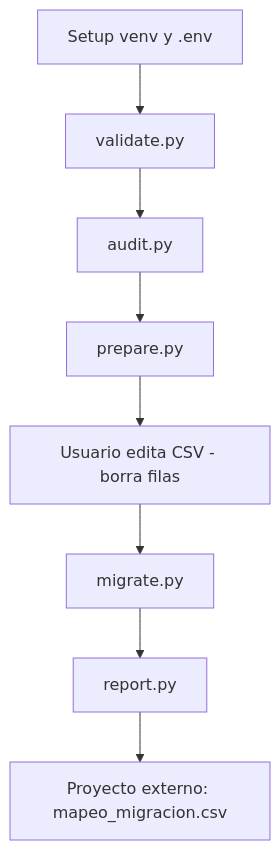
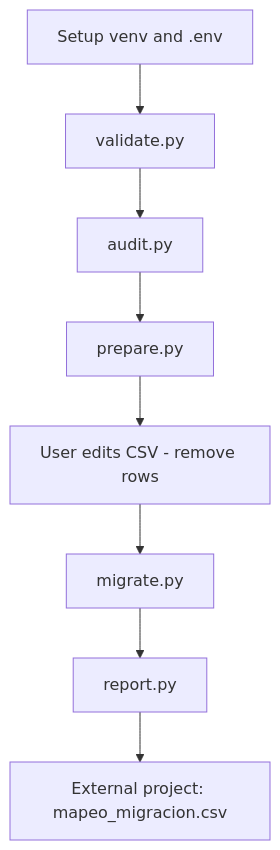
The first of 2 diagrams in docs/WORKFLOW.md (iodani/arcgis-portal-migration), drawn with Mermaid before and after one commit. The commit also changed other lines of this file and 1 other file, not shown here.

````diff
--- a/docs/WORKFLOW.md
+++ b/docs/WORKFLOW.md
@@ -9,10 +9,10 @@
 ```mermaid
 flowchart TD
-  Setup[Setup venv y .env] --> Validate[validate.py]
+  Setup[Setup venv and .env] --> Validate[validate.py]
   Validate --> Audit[audit.py]
   Audit --> Prepare[prepare.py]
-  Prepare --> Curate[Usuario edita CSV - borra filas]
+  Prepare --> Curate[User edits CSV - remove rows]
   Curate --> Migrate[migrate.py]
   Migrate --> Report[report.py]
-  Report --> External[Proyecto externo: mapeo_migracion.csv]
+  Report --> External[External project: mapeo_migracion.csv]
 ```
````
